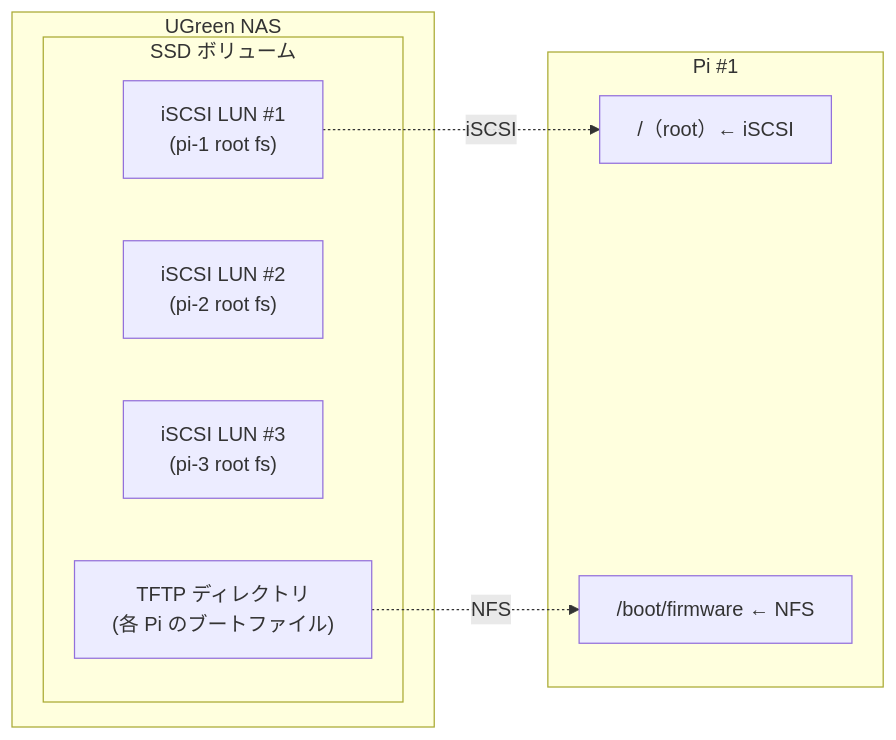
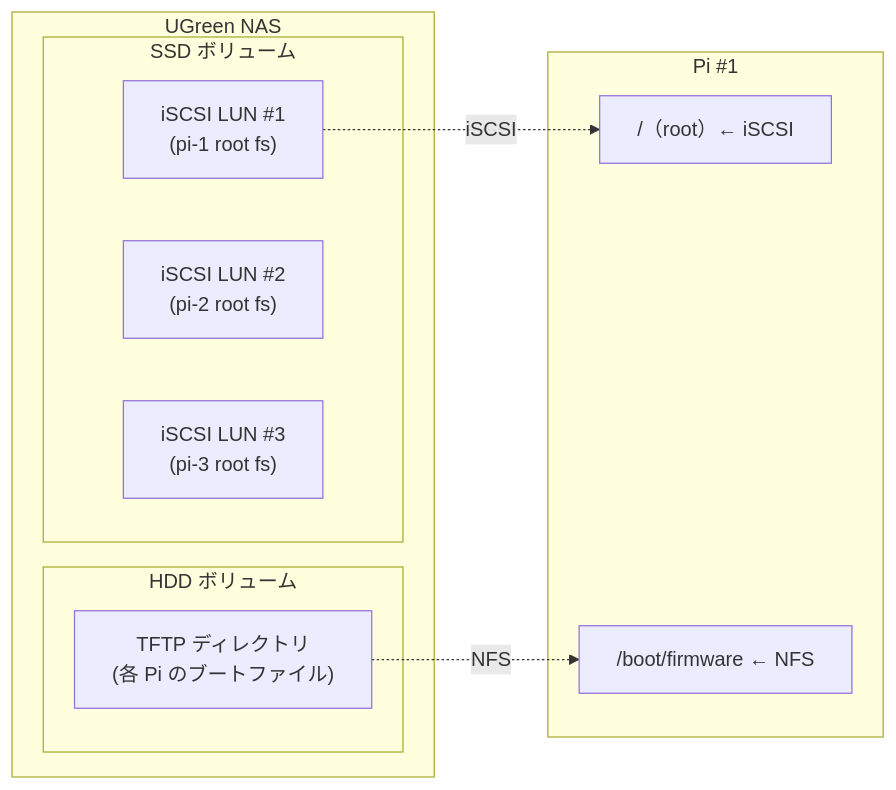
The first of 3 diagrams in articles/raspberry-pi-pxe-iscsi-boot.md (korosuke613/zenn-articles), drawn with Mermaid before and after one commit. The commit also changed other lines of this file, not shown here.

````diff
--- a/articles/raspberry-pi-pxe-iscsi-boot.md
+++ b/articles/raspberry-pi-pxe-iscsi-boot.md
@@ -78,19 +76,21 @@
 ```mermaid
 graph LR
     subgraph NAS["UGreen NAS"]
         subgraph SSD["SSD ボリューム"]
             LUN1["iSCSI LUN #1<br/>(pi-1 root fs)"]
             LUN2["iSCSI LUN #2<br/>(pi-2 root fs)"]
             LUN3["iSCSI LUN #3<br/>(pi-3 root fs)"]
+        end
+        subgraph HDD["HDD ボリューム"]
             TFTP["TFTP ディレクトリ<br/>(各 Pi のブートファイル)"]
         end
     end
 
     subgraph Pi1["Pi #1"]
         root1["/（root）← iSCSI"]
         boot1["/boot/firmware ← NFS"]
     end
 
     LUN1 -. "iSCSI" .-> root1
     TFTP -. "NFS" .-> boot1
 ```
````
